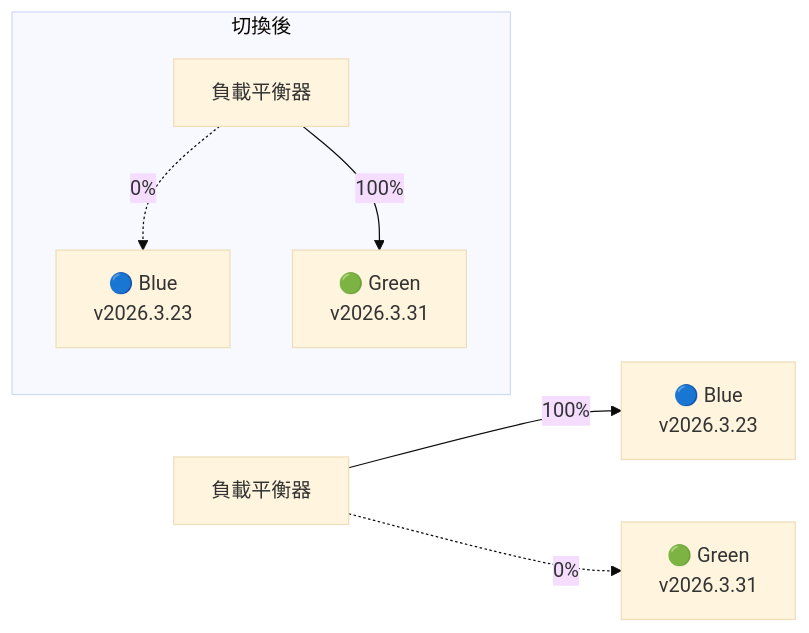
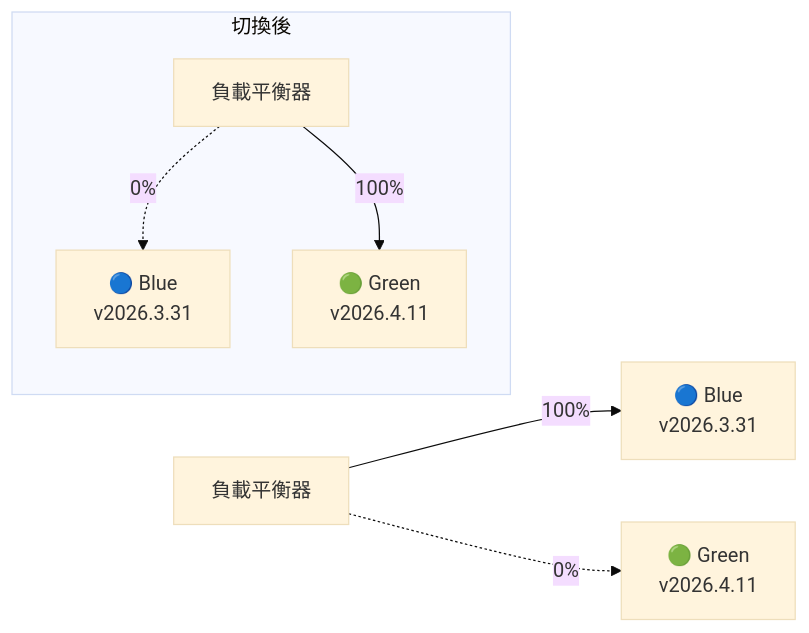
One commit to chihhung/Blog changed diagram 36 of 51 in content/posts/教學/AI開發/OpenClaw生態系教學手冊.md. Above: the diagram before and after it, drawn with Mermaid (base theme). The commit also changed other lines of this file and 2 other files, not shown here.

````diff
--- a/content/posts/教學/AI開發/OpenClaw生態系教學手冊.md
+++ b/content/posts/教學/AI開發/OpenClaw生態系教學手冊.md
@@ -6248,10 +6276,10 @@
 ```mermaid
 flowchart LR
-    LB[負載平衡器] --> |100%| BLUE[🔵 Blue<br>v2026.3.23]
-    LB -.-> |0%| GREEN[🟢 Green<br>v2026.3.31]
+    LB[負載平衡器] --> |100%| BLUE[🔵 Blue<br>v2026.3.31]
+    LB -.-> |0%| GREEN[🟢 Green<br>v2026.4.11]
     
     subgraph "切換後"
-        LB2[負載平衡器] -.-> |0%| BLUE2[🔵 Blue<br>v2026.3.23]
-        LB2 --> |100%| GREEN2[🟢 Green<br>v2026.3.31]
+        LB2[負載平衡器] -.-> |0%| BLUE2[🔵 Blue<br>v2026.3.31]
+        LB2 --> |100%| GREEN2[🟢 Green<br>v2026.4.11]
     end
 ```
````
